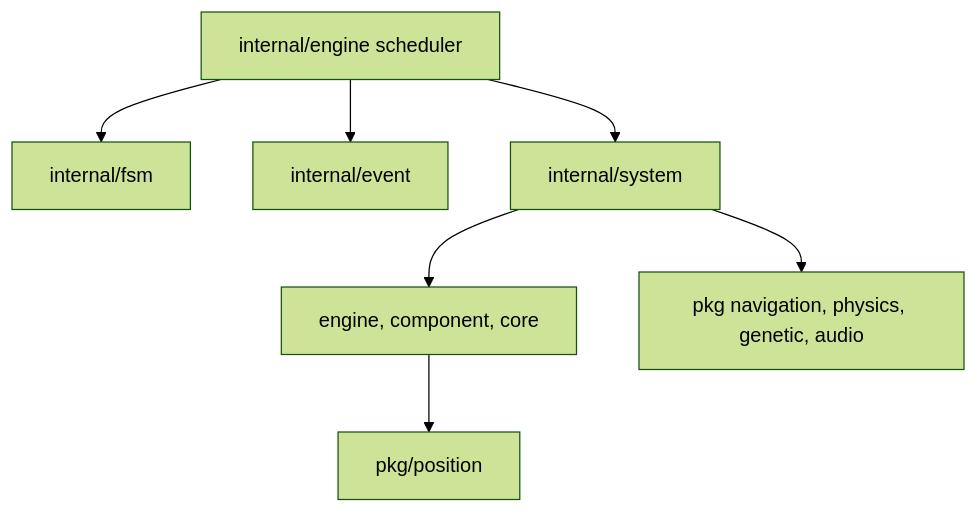
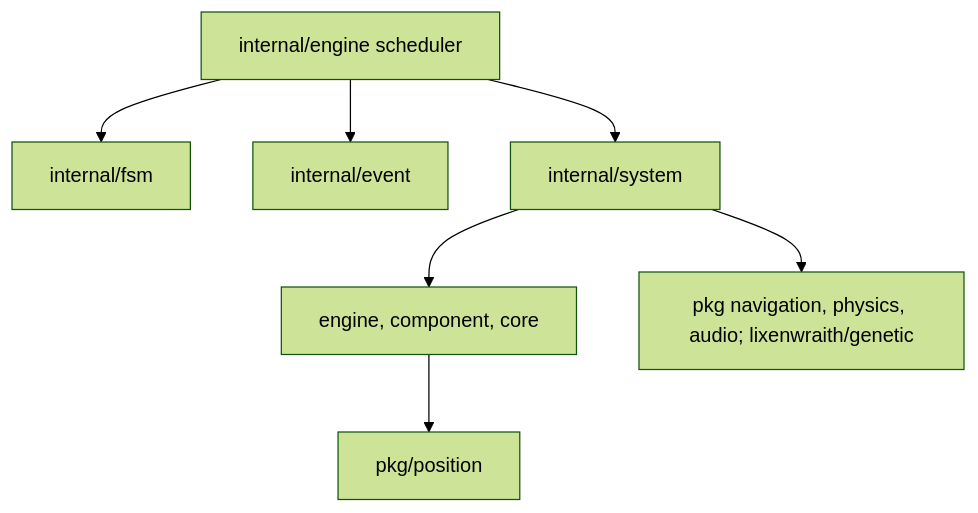
The second of 4 diagrams in doc/package-map.md (lixenwraith/vif), drawn with Mermaid (forest theme) before and after one commit. The commit also changed other lines of this file and 35 other files, not shown here.

First line of the commit message:
genetic: a module of its own in pkg/genetic, the lander as its example, taken through a replace (#999)

````diff
--- a/doc/package-map.md
+++ b/doc/package-map.md
@@ -31,9 +31,9 @@
 ```mermaid
 flowchart TD
     Scheduler["internal/engine scheduler"] --> FSM["internal/fsm"]
     Scheduler --> Events["internal/event"]
     Scheduler --> Systems["internal/system"]
     Systems --> ECS["engine, component, core"]
-    Systems --> Algorithms["pkg navigation, physics, genetic, audio"]
+    Systems --> Algorithms["pkg navigation, physics, audio; lixenwraith/genetic"]
     ECS --> Position["pkg/position"]
 ```
````
